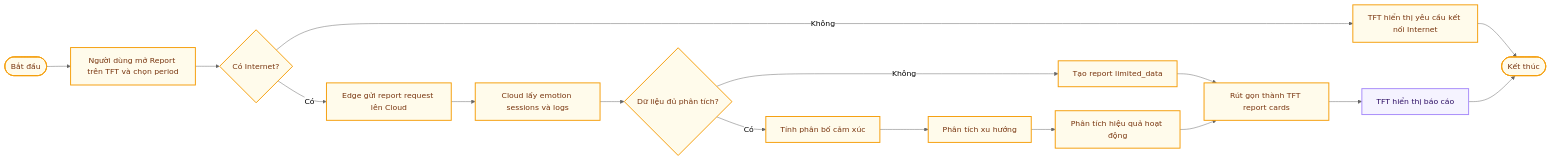
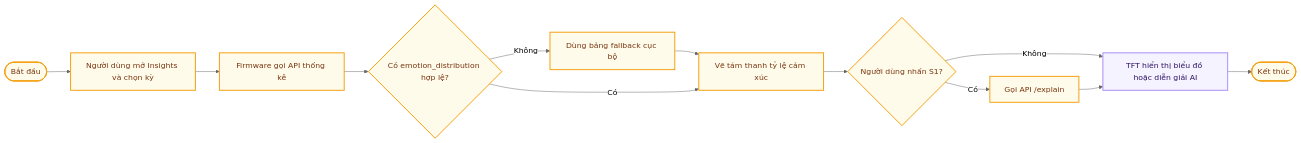
The sixth of 6 diagrams in docs/Spectification/EmotiCareAIoT/03_Objectives.md (Computer-Vision-HCMUS/AIoT-Server), drawn with Mermaid (neutral theme) before and after one commit. The commit also changed other lines of this file and 14 other files, not shown here.

````diff
--- a/docs/Spectification/EmotiCareAIoT/03_Objectives.md
+++ b/docs/Spectification/EmotiCareAIoT/03_Objectives.md
@@ -450,34 +446,30 @@
 ```mermaid
 flowchart LR
     Start([Bắt đầu])
-    Trigger["Người dùng mở Report trên TFT và chọn period"]
-    Online{"Có Internet?"}
-    NeedNet["TFT hiển thị yêu cầu kết nối Internet"]
-    Request["Edge gửi report request lên Cloud"]
-    Load["Cloud lấy emotion sessions và logs"]
-    Enough{"Dữ liệu đủ phân tích?"}
-    Limited["Tạo report limited_data"]
-    Aggregate["Tính phân bố cảm xúc"]
-    Trend["Phân tích xu hướng"]
-    Effect["Phân tích hiệu quả hoạt động"]
-    Compact["Rút gọn thành TFT report cards"]
-    Display["TFT hiển thị báo cáo"]
+    Trigger["Người dùng mở Insights và chọn kỳ"]
+    Request["Firmware gọi API thống kê"]
+    Valid{"Có emotion_distribution hợp lệ?"}
+    Fallback["Dùng bảng fallback cục bộ"]
+    Chart["Vẽ tám thanh tỷ lệ cảm xúc"]
+    AiView{"Người dùng nhấn S1?"}
+    Explain["Gọi API /explain"]
+    Display["TFT hiển thị biểu đồ hoặc diễn giải AI"]
     End([Kết thúc])
 
-    Start --> Trigger --> Online
-    Online -- "Không" --> NeedNet --> End
-    Online -- "Có" --> Request --> Load --> Enough
-    Enough -- "Không" --> Limited --> Compact
-    Enough -- "Có" --> Aggregate --> Trend --> Effect --> Compact
-    Compact --> Display --> End
+    Start --> Trigger --> Request --> Valid
+    Valid -- "Không" --> Fallback --> Chart
+    Valid -- "Có" --> Chart
+    Chart --> AiView
+    AiView -- "Không" --> Display --> End
+    AiView -- "Có" --> Explain --> Display
 
 
     classDef userNode stroke:#818cf8,fill:#eef2ff,stroke-width:2px,color:#1e1b4b
     classDef edgeNode stroke:#a78bfa,fill:#f5f3ff,stroke-width:2px,color:#2e1065
     classDef cacheNode stroke:#2dd4bf,fill:#f0fdfa,stroke-width:2px,color:#0d5a57
     classDef cloudNode stroke:#38bdf8,fill:#f0f9ff,stroke-width:2px,color:#0c3d67
     classDef serviceNode stroke:#4ade80,fill:#f0fdf4,stroke-width:2px,color:#1a3a1a
     classDef actionNode stroke:#f59e0b,fill:#fffbeb,stroke-width:2px,color:#78350f
     class Display edgeNode
-    class Start,Trigger,Online,NeedNet,Request,Load,Enough,Limited,Aggregate,Trend,Effect,Compact,End actionNode
+    class Start,Trigger,Request,Valid,Fallback,Chart,AiView,Explain,End actionNode
 ```
````
